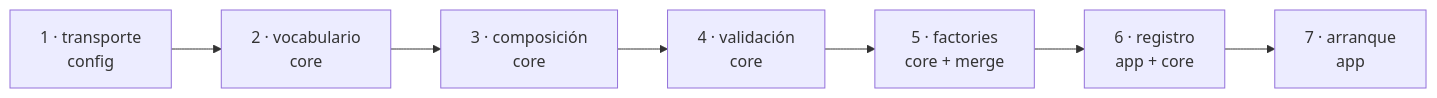
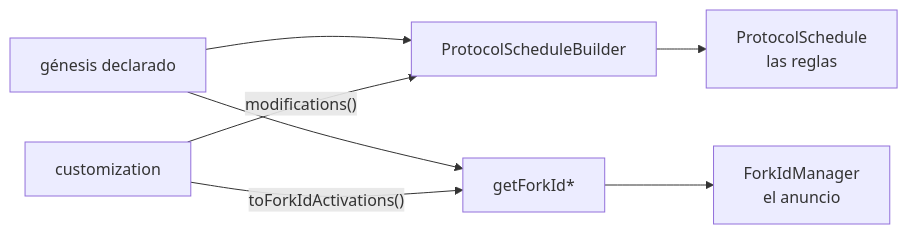
The first of 2 diagrams in docs/protocol-schedule-customization.md (diega/besu-etc-plugin), drawn with Mermaid before and after one commit. The commit also changed other lines of this file, not shown here.

````diff
--- a/docs/protocol-schedule-customization.md
+++ b/docs/protocol-schedule-customization.md
@@ -230,9 +86,7 @@
 ```mermaid
 flowchart LR
-    C1["1 · transporte<br/>config"] --> C2["2 · vocabulario<br/>core"]
-    C2 --> C3["3 · composición<br/>core"]
-    C3 --> C4["4 · validación<br/>core"]
-    C4 --> C5["5 · factories<br/>core + merge"]
-    C5 --> C6["6 · registro<br/>app + core"]
-    C6 --> C7["7 · arranque<br/>app"]
+    G["génesis declarado"] --> PSB["ProtocolScheduleBuilder"] --> PS["ProtocolSchedule<br/>las reglas"]
+    G --> FA["getForkId*"] --> FID["ForkIdManager<br/>el anuncio"]
+    C["customization"] -->|"modifications()"| PSB
+    C -->|"toForkIdActivations()"| FA
 ```
````
